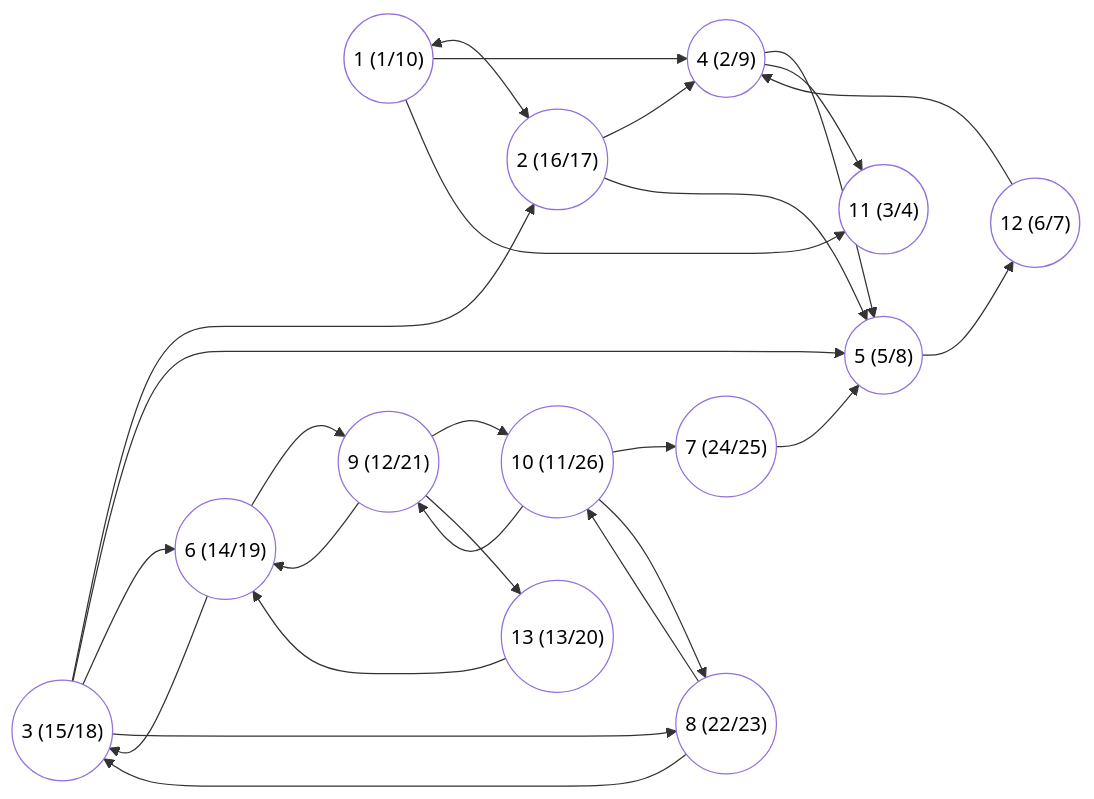
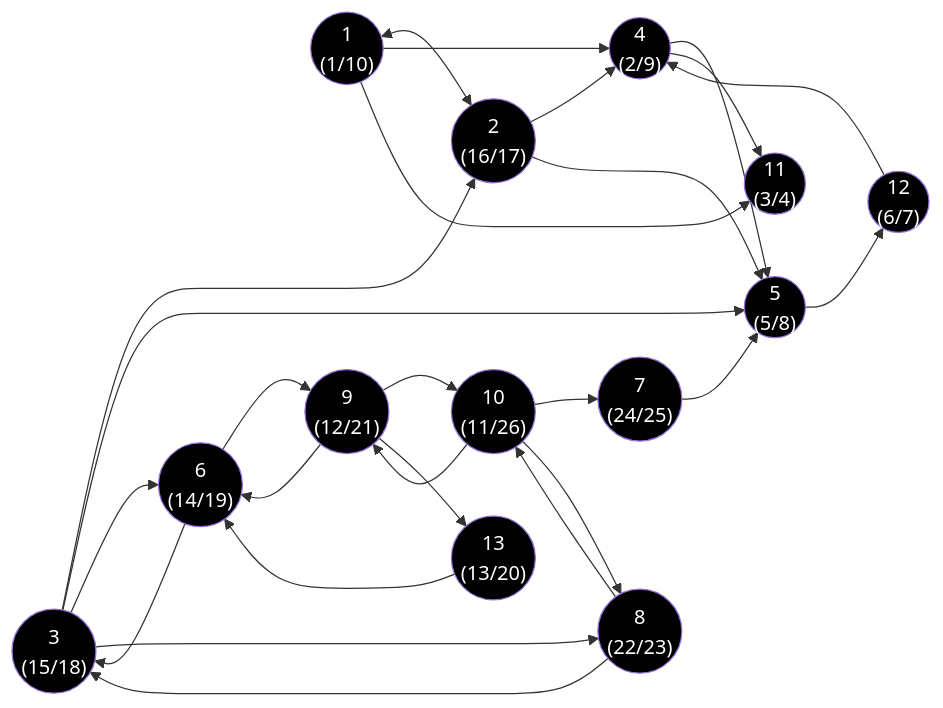
Diagram 27 of 27 in 2024.2/Materiais enviados/Listas/Resoluções/Lista 3.md (UFMG-Organizacao-de-Disciplinas/DCC865-Projeto_e_Analise_de_Algoritmos), drawn with Mermaid before and after one commit. The commit also changed other lines of this file and 1 other file, not shown here.

````diff
--- a/2024.2/Materiais enviados/Listas/Resoluções/Lista 3.md
+++ b/2024.2/Materiais enviados/Listas/Resoluções/Lista 3.md
@@ -1239,59 +1247,59 @@
 ```mermaid
 graph LR
     %% Coloração: fundo branco, texto preto
-    style V1  fill:#fff,color:#000
-    style V2  fill:#fff,color:#000
-    style V3  fill:#fff,color:#000
-    style V4  fill:#fff,color:#000
-    style V5  fill:#fff,color:#000
-    style V6  fill:#fff,color:#000
-    style V7  fill:#fff,color:#000
-    style V8  fill:#fff,color:#000
-    style V9  fill:#fff,color:#000
-    style V10 fill:#fff,color:#000
-    style V11 fill:#fff,color:#000
-    style V12 fill:#fff,color:#000
-    style V13 fill:#fff,color:#000
+    style V1  fill:#000,color:#fff
+    style V2  fill:#000,color:#fff
+    style V3  fill:#000,color:#fff
+    style V4  fill:#000,color:#fff
+    style V5  fill:#000,color:#fff
+    style V6  fill:#000,color:#fff
+    style V7  fill:#000,color:#fff
+    style V8  fill:#000,color:#fff
+    style V9  fill:#000,color:#fff
+    style V10 fill:#000,color:#fff
+    style V11 fill:#000,color:#fff
+    style V12 fill:#000,color:#fff
+    style V13 fill:#000,color:#fff
 
     %% Vértices
-    V1(("1 (1/10)"))
-    V2(("2 (16/17)"))
-    V3(("3 (15/18)"))
-    V4(("4 (2/9)"))
-    V5(("5 (5/8)"))
-    V6(("6 (14/19)"))
-    V7(("7 (24/25)"))
-    V8(("8 (22/23)"))
-    V9(("9 (12/21)"))
-    V10(("10 (11/26)"))
-    V11(("11 (3/4)"))
-    V12(("12 (6/7)"))
-    V13(("13 (13/20)"))
+    V1(("1 <br> (1/10)"))
+    V2(("2 <br> (16/17)"))
+    V3(("3 <br> (15/18)"))
+    V4(("4 <br> (2/9)"))
+    V5(("5 <br> (5/8)"))
+    V6(("6 <br> (14/19)"))
+    V7(("7 <br> (24/25)"))
+    V8(("8 <br> (22/23)"))
+    V9(("9 <br> (12/21)"))
+    V10(("10 <br> (11/26)"))
+    V11(("11 <br> (3/4)"))
+    V12(("12 <br> (6/7)"))
+    V13(("13 <br> (13/20)"))
 
     %% Arestas
     V1 <--> V2
     V1 --> V4
     V1 --> V11
     V2 --> V4
     V2 --> V5
     V3 --> V2
     V3 --> V5
     V3 --> V6
     V3 --> V8
     V4 --> V5
     V4 --> V11
     V5 --> V12
     V6 --> V3
     V6 --> V9
     V7 --> V5
     V8 --> V3
     V8 --> V10
     V9 --> V6
     V9 --> V10
     V9 --> V13
     V10 --> V7
     V10 --> V8
     V10 --> V9
     V12 --> V4
     V13 --> V6
 ```
````
